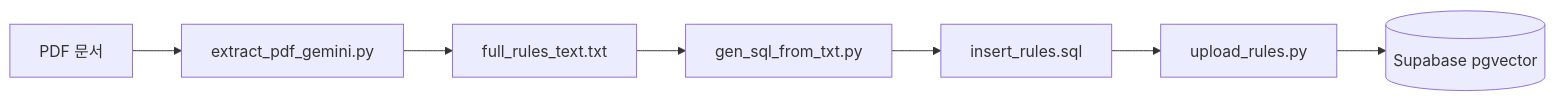
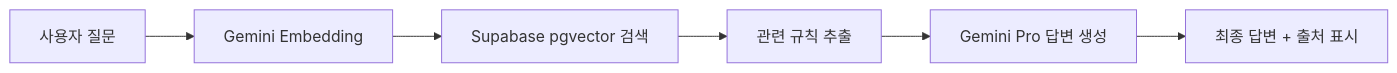
The diagram in README.md (HouuYa/Tennis_Rules_RAG), drawn with Mermaid before and after one commit. The commit also changed other lines of this file and 1 other file, not shown here.

Commit message:
docs: restructure README and ARCHITECTURE to align with Tennis Mate ecosystem - Update README to explain relationship with Tennis Mate - Refactor ARCHITECTURE to cover RAG pipeline and system integration

````diff
--- a/README.md
+++ b/README.md
@@ -13,9 +49,8 @@
 ```mermaid
 graph LR
-    A[PDF 문서] --> B[extract_pdf_gemini.py]
-    B --> C[full_rules_text.txt]
-    C --> D[gen_sql_from_txt.py]
-    D --> E[insert_rules.sql]
-    E --> F[upload_rules.py]
-    F --> G[(Supabase pgvector)]
+    A[사용자 질문] --> B[Gemini Embedding]
+    B --> C[Supabase pgvector 검색]
+    C --> D[관련 규칙 추출]
+    D --> E[Gemini Pro 답변 생성]
+    E --> F[최종 답변 + 출처 표시]
 ```
````
